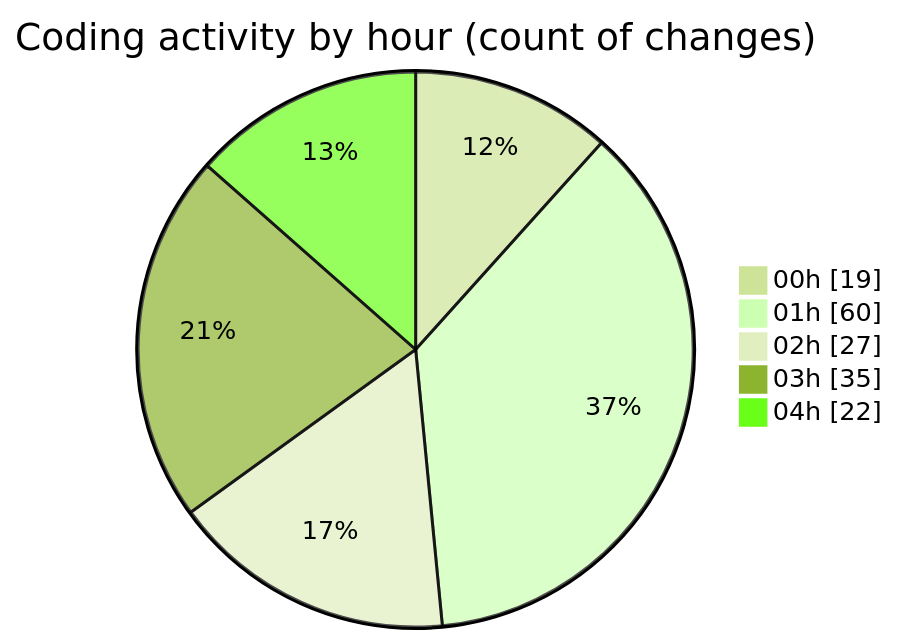
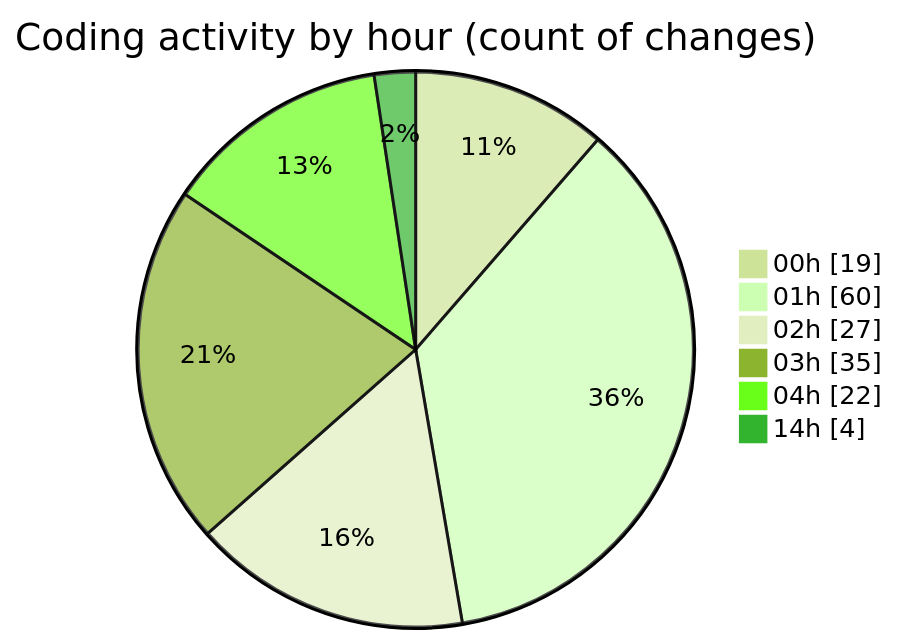
One commit to lephambinh05/code-tracking changed the second of 2 diagrams in 2025-07-25/quanlyrapchieuphim-1/README.md. Above: the diagram before and after it, drawn with Mermaid (forest theme). The commit also changed other lines of this file and 1 other file, not shown here.

````diff
--- a/2025-07-25/quanlyrapchieuphim-1/README.md
+++ b/2025-07-25/quanlyrapchieuphim-1/README.md
@@ -36,9 +36,10 @@
 ```mermaid
 pie showData
 title Coding activity by hour (count of changes)
 "00h" : 19
 "01h" : 60
 "02h" : 27
 "03h" : 35
 "04h" : 22
+"14h" : 4
 ```
````
